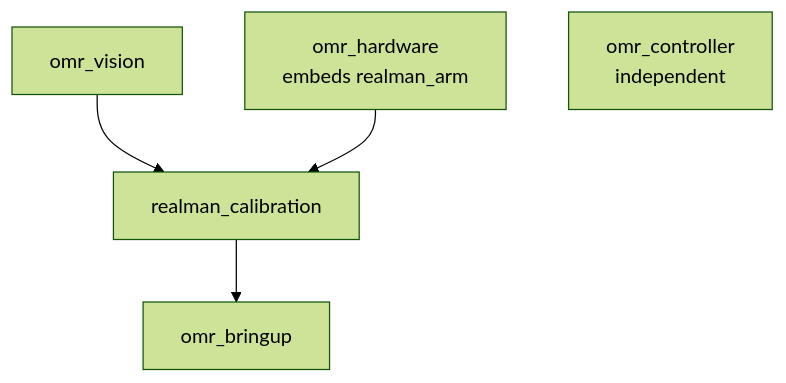
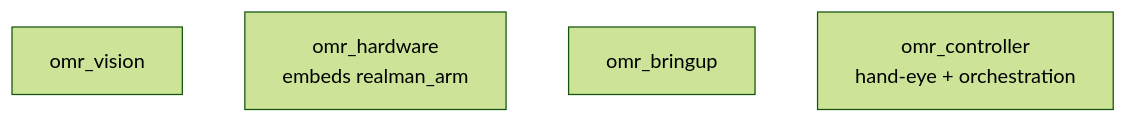
The second of 4 diagrams in docs/DEVELOPMENT.md (sunyuming53-byte/the_first_box), drawn with Mermaid (forest theme) before and after one commit. The commit also changed other lines of this file and 15 other files, not shown here.

First line of the commit message:
chore: update all realman_calibration references to omr_controller/omr_vision

````diff
--- a/docs/DEVELOPMENT.md
+++ b/docs/DEVELOPMENT.md
@@ -124,11 +124,7 @@
 ```mermaid
 graph TD
     vision["omr_vision"]
     hw["omr_hardware<br/>embeds realman_arm"]
-    calib["realman_calibration"]
     bringup["omr_bringup"]
-    controller["omr_controller<br/>independent"]
-    vision --> calib
-    hw --> calib
-    calib --> bringup
+    controller["omr_controller<br/>hand-eye + orchestration"]
 ```
````
